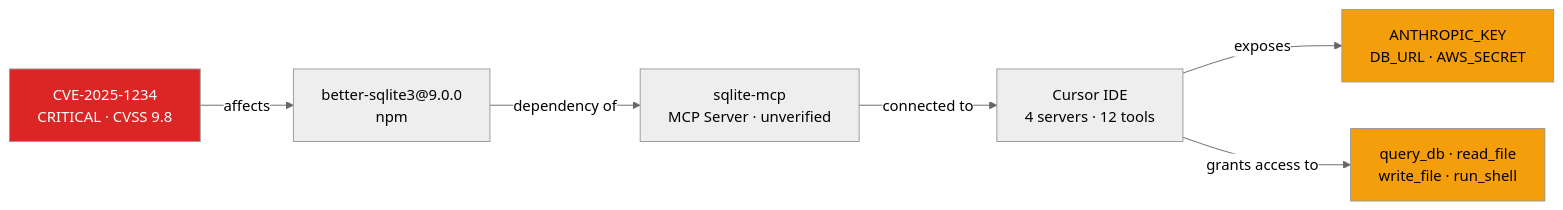
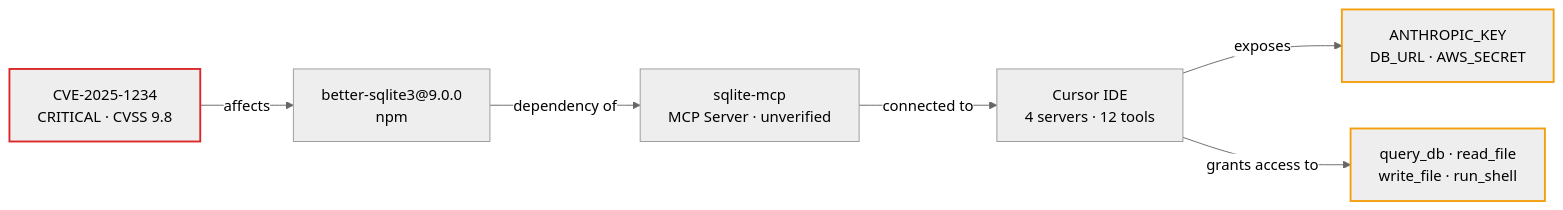
The third of 4 diagrams in README.md (msaad00/agent-bom), drawn with Mermaid (neutral theme) before and after one commit. The commit also changed other lines of this file and 2 other files, not shown here.

First line of the commit message:
fix: Mermaid diagrams visible on GitHub dark mode + high-res demo GIF

````diff
--- a/README.md
+++ b/README.md
@@ -383,19 +383,19 @@
 ```mermaid
 graph LR
     CVE["CVE-2025-1234<br/>CRITICAL · CVSS 9.8"]
     PKG["better-sqlite3@9.0.0<br/>npm"]
     SRV["sqlite-mcp<br/>MCP Server · unverified"]
     AGT["Cursor IDE<br/>4 servers · 12 tools"]
     CRED["ANTHROPIC_KEY<br/>DB_URL · AWS_SECRET"]
     TOOL["query_db · read_file<br/>write_file · run_shell"]
 
     CVE -->|affects| PKG
     PKG -->|dependency of| SRV
     SRV -->|connected to| AGT
     AGT -->|exposes| CRED
     AGT -->|grants access to| TOOL
 
-    style CVE fill:#dc2626,color:#fff
-    style CRED fill:#f59e0b,color:#000
-    style TOOL fill:#f59e0b,color:#000
+    style CVE stroke:#dc2626,stroke-width:2px
+    style CRED stroke:#f59e0b,stroke-width:2px
+    style TOOL stroke:#f59e0b,stroke-width:2px
 ```
````
